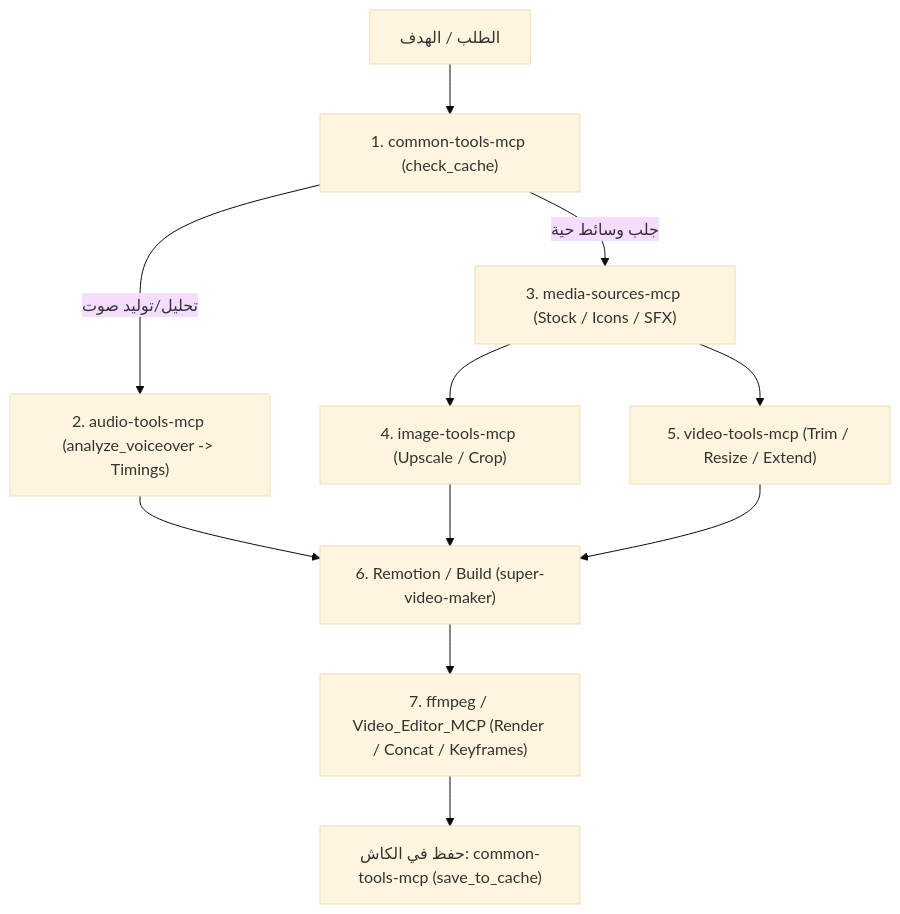
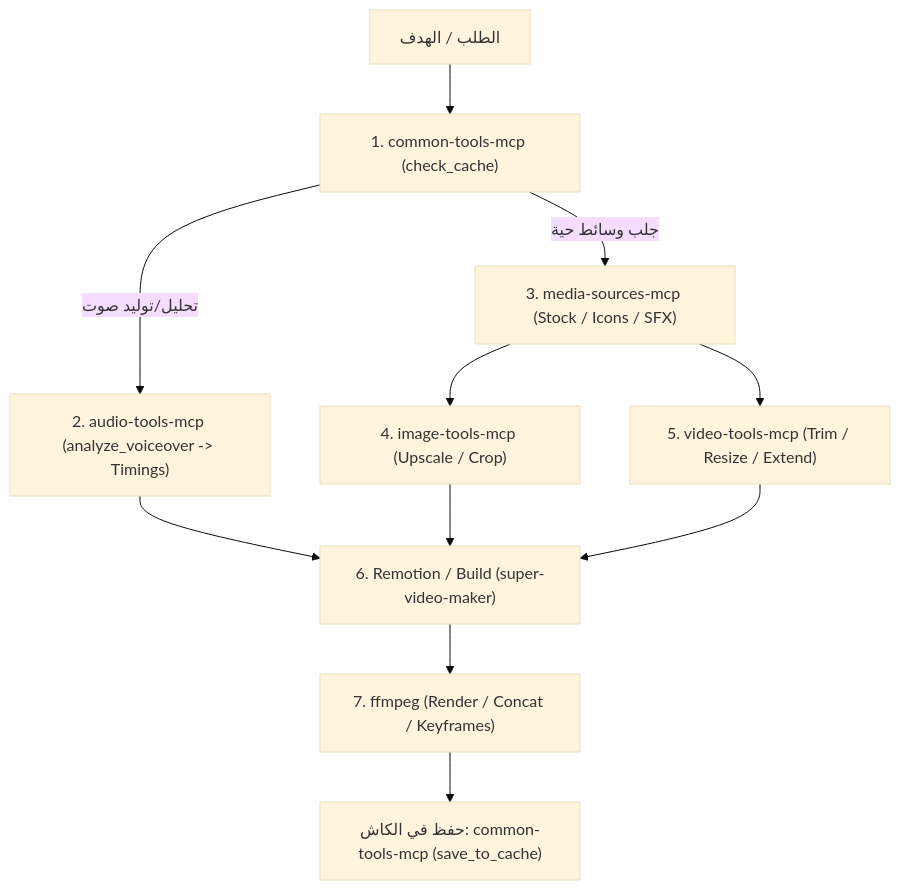
The diagram in references/deep/mcp-toolbook.md (m2menqawsh-maker/motion), drawn with Mermaid (base theme) before and after one commit. The commit also changed other lines of this file and 176 other files, not shown here.

````diff
--- a/references/deep/mcp-toolbook.md
+++ b/references/deep/mcp-toolbook.md
@@ -16,11 +16,11 @@
 ```mermaid
 graph TD
     A["الطلب / الهدف"] --> B["1. common-tools-mcp (check_cache)"]
     B -->|تحليل/توليد صوت| C["2. audio-tools-mcp (analyze_voiceover -> Timings)"]
     B -->|جلب وسائط حية| D["3. media-sources-mcp (Stock / Icons / SFX)"]
     D --> E["4. image-tools-mcp (Upscale / Crop)"]
     D --> F["5. video-tools-mcp (Trim / Resize / Extend)"]
     C & E & F --> G["6. Remotion / Build (super-video-maker)"]
-    G --> H["7. ffmpeg / Video_Editor_MCP (Render / Concat / Keyframes)"]
+    G --> H["7. ffmpeg (Render / Concat / Keyframes)"]
     H --> I["حفظ في الكاش: common-tools-mcp (save_to_cache)"]
 ```
````
